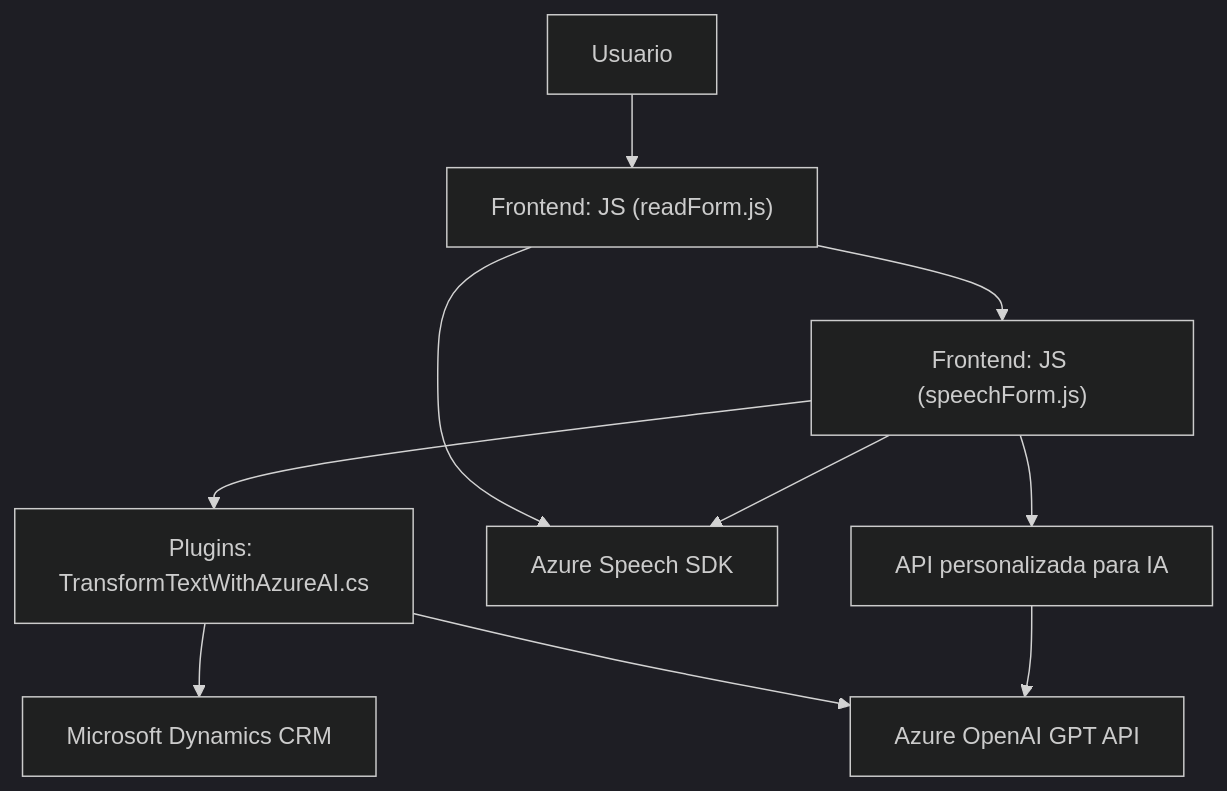
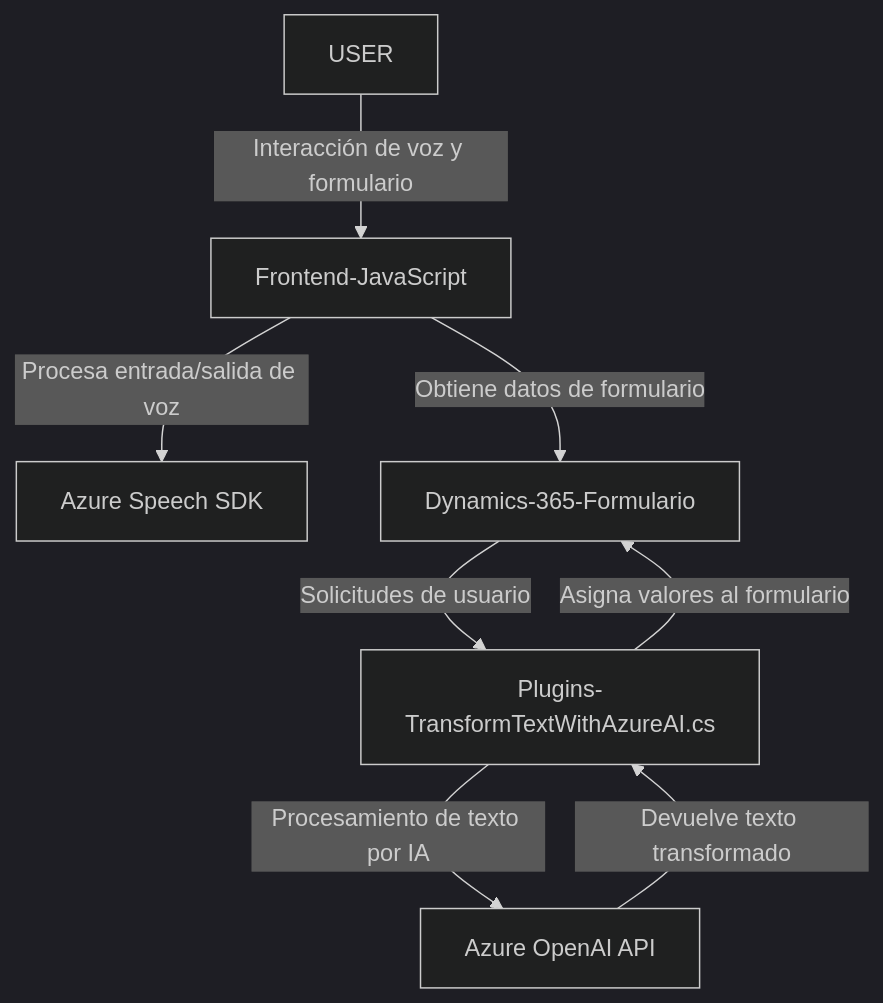
Before and after one commit to blopezdm/NETCORE_BILBAO2025: the diagram in README.md, drawn with Mermaid (dark theme). The commit also changed other lines of this file, not shown here.

````diff
--- a/README.md
+++ b/README.md
@@ -45,21 +56,17 @@
 ```mermaid
 graph TD
-    A["Frontend: JS (readForm.js)"]
-    B["Frontend: JS (speechForm.js)"]
-    C["Plugins: TransformTextWithAzureAI.cs"]
-    D["Microsoft Dynamics CRM"]
-    E["Azure Speech SDK"]
-    F["Azure OpenAI GPT API"]
-    G["API personalizada para IA"]
-    H["Usuario"]
+    A["USER"]
+    B["Frontend-JavaScript"]
+    C["Azure Speech SDK"]
+    D["Dynamics-365-Formulario"]
+    E["Plugins-TransformTextWithAzureAI.cs"]
+    F["Azure OpenAI API"]
 
-    H --> A
-    A --> E
-    A --> B
-    B --> C
-    B --> G
-    B --> E
-    C --> D
-    C --> F
-    G --> F
+    A -->|Interacción de voz y formulario| B
+    B -->|Procesa entrada/salida de voz| C
+    B -->|Obtiene datos de formulario| D
+    D -->|Solicitudes de usuario| E
+    E -->|Procesamiento de texto por IA| F
+    F -->|Devuelve texto transformado| E
+    E -->|Asigna valores al formulario| D
 ```
````
